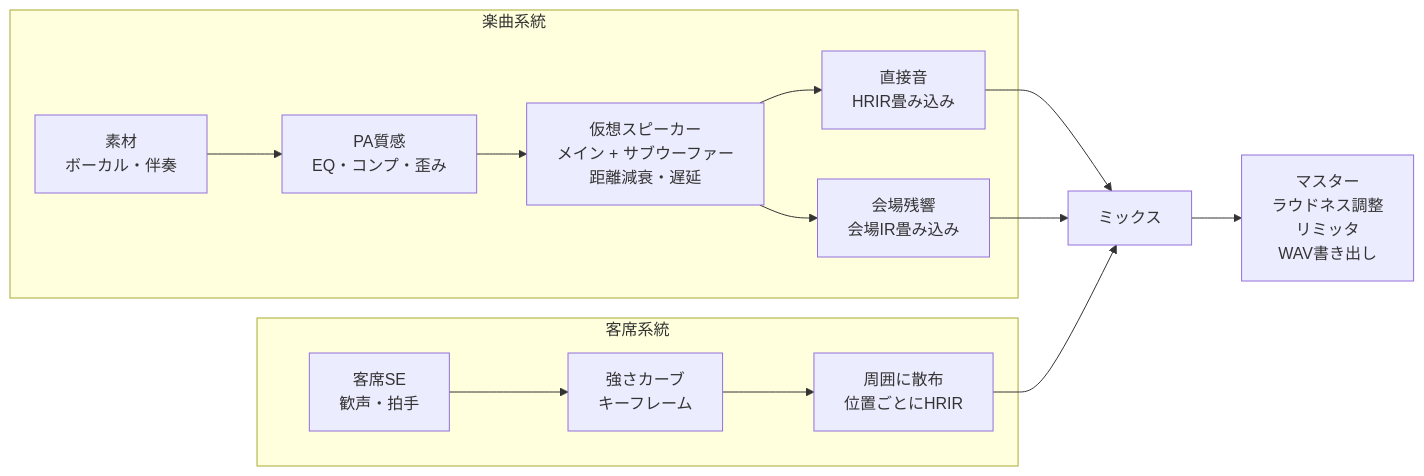
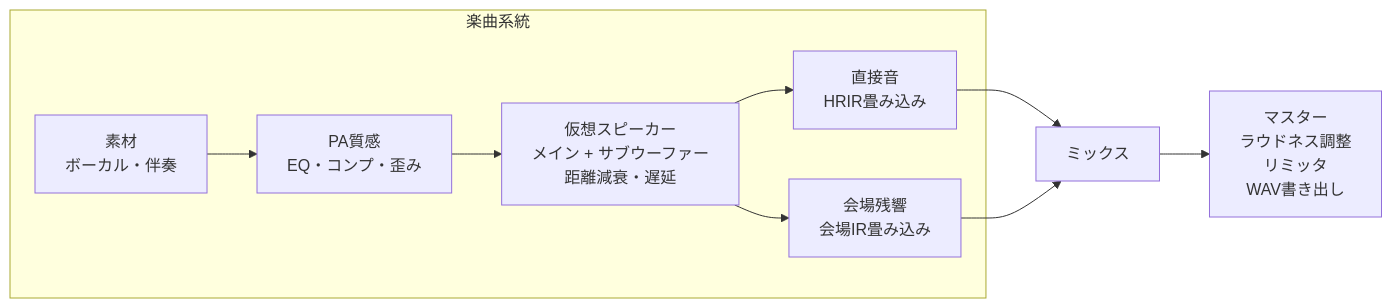
Before and after one commit to otoyuzu705/TottemoLive: the second of 2 diagrams in TottemoLive-design.md, drawn with Mermaid. The commit also changed other lines of this file and 1 other file, not shown here.

````diff
--- a/TottemoLive-design.md
+++ b/TottemoLive-design.md
@@ -52,19 +51,13 @@
 ```mermaid
 flowchart LR
     subgraph MUSIC["楽曲系統"]
         SRC["素材<br/>ボーカル・伴奏"] --> PA["PA質感<br/>EQ・コンプ・歪み"]
         PA --> SPK["仮想スピーカー<br/>メイン + サブウーファー<br/>距離減衰・遅延"]
         SPK --> DIRECT["直接音<br/>HRIR畳み込み"]
         SPK --> REVERB["会場残響<br/>会場IR畳み込み"]
     end
 
-    subgraph CROWD["客席系統"]
-        SE["客席SE<br/>歓声・拍手"] --> CURVE["強さカーブ<br/>キーフレーム"]
-        CURVE --> SCATTER["周囲に散布<br/>位置ごとにHRIR"]
-    end
-
     DIRECT --> MIX["ミックス"]
     REVERB --> MIX
-    SCATTER --> MIX
     MIX --> MASTER["マスター<br/>ラウドネス調整<br/>リミッタ<br/>WAV書き出し"]
 ```
````
